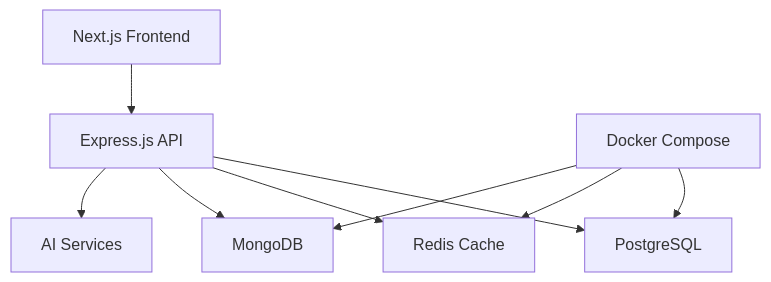
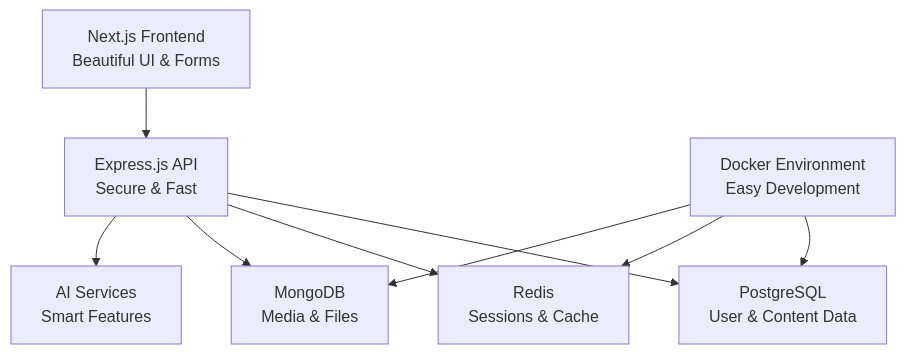
The diagram in README.md (realAkshaj/ai-cms-platform), drawn with Mermaid before and after one commit. The commit also changed other lines of this file, not shown here.

````diff
--- a/README.md
+++ b/README.md
@@ -47,11 +46,11 @@
 ```mermaid
 graph TB
-    A[Next.js Frontend] --> B[Express.js API]
-    B --> C[PostgreSQL]
-    B --> D[Redis Cache]
-    B --> E[MongoDB]
-    B --> F[AI Services]
-    G[Docker Compose] --> C
+    A[Next.js Frontend<br/>Beautiful UI & Forms] --> B[Express.js API<br/>Secure & Fast]
+    B --> C[PostgreSQL<br/>User & Content Data]
+    B --> D[Redis<br/>Sessions & Cache]
+    B --> E[MongoDB<br/>Media & Files]
+    B --> F[AI Services<br/>Smart Features]
+    G[Docker Environment<br/>Easy Development] --> C
     G --> D
     G --> E
 ```
````
